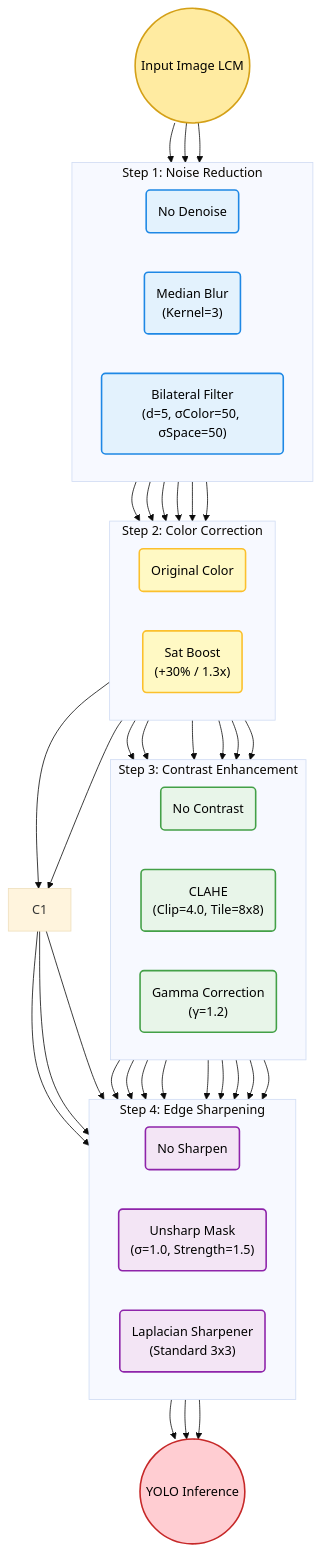
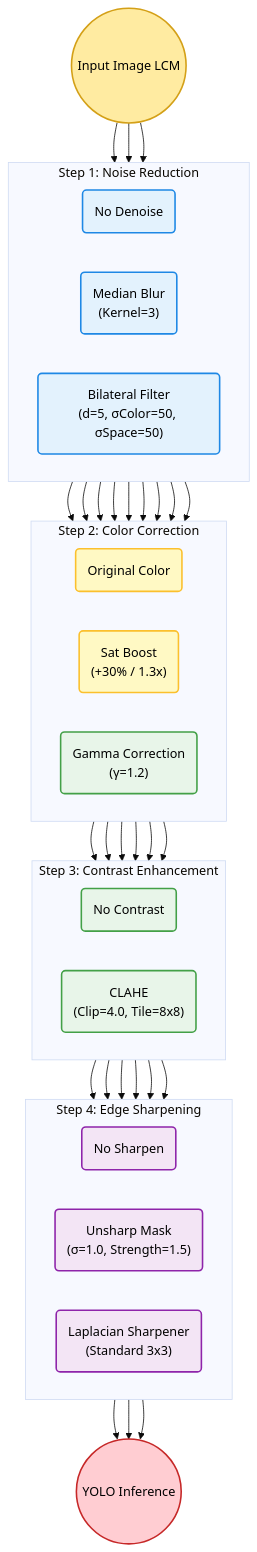
Before and after one commit to andreolli-davide/filter_learning_framework: the diagram in resources/tree.mmd, drawn with Mermaid (base theme).

Commit message:
modified the filters' mermaid tree

```diff
--- a/resources/tree.mmd
+++ b/resources/tree.mmd
@@ -1,51 +1,51 @@
 graph TD
 
     %% Styles definition
 
     classDef input fill:#ffeba1,stroke:#d4a017,stroke-width:2px,color:#000
     classDef denoise fill:#e3f2fd,stroke:#1e88e5,stroke-width:2px,color:#000
     classDef color fill:#fff9c4,stroke:#fbc02d,stroke-width:2px,color:#000
     classDef contrast fill:#e8f5e9,stroke:#43a047,stroke-width:2px,color:#000
     classDef sharpen fill:#f3e5f5,stroke:#8e24aa,stroke-width:2px,color:#000
     classDef output fill:#ffcdd2,stroke:#c62828,stroke-width:2px,color:#000
 
     %% Nodes
     
     Start((Input Image LCM)):::input
 
     subgraph Layer1 [Step 1: Noise Reduction]
         direction LR
         D0("No Denoise"):::denoise
         D1("Median Blur<br/>(Kernel=3)"):::denoise
         D2("Bilateral Filter<br/>(d=5, σColor=50, σSpace=50)"):::denoise
     end
 
     subgraph Layer2 [Step 2: Color Correction]
         direction LR
         Col0("Original Color"):::color
         Col1("Sat Boost<br/>(+30% / 1.3x)"):::color
+        Col2("Gamma Correction<br/>(γ=1.2)"):::contrast
     end
 
     subgraph Layer3 [Step 3: Contrast Enhancement]
         direction LR
         C0("No Contrast"):::contrast
-        C2("CLAHE<br/>(Clip=4.0, Tile=8x8)"):::contrast
-        C3("Gamma Correction<br/>(γ=1.2)"):::contrast
+        C1("CLAHE<br/>(Clip=4.0, Tile=8x8)"):::contrast
     end
 
     subgraph Layer4 [Step 4: Edge Sharpening]
         direction LR
         S0("No Sharpen"):::sharpen
         S1("Unsharp Mask<br/>(σ=1.0, Strength=1.5)"):::sharpen
         S2("Laplacian Sharpener<br/>(Standard 3x3)"):::sharpen
     end
 
     Final((YOLO Inference)):::output
 
     %% Full mesh connections
     
     Start --> D0 & D1 & D2
-    D0 & D1 & D2 --> Col0 & Col1
-    Col0 & Col1 --> C0 & C1 & C2 & C3
-    C0 & C1 & C2 & C3 --> S0 & S1 & S2
+    D0 & D1 & D2 --> Col0 & Col1 & Col2
+    Col0 & Col1 & Col2 --> C0 & C1
+    C0 & C1 --> S0 & S1 & S2
     S0 & S1 & S2 --> Final
```
